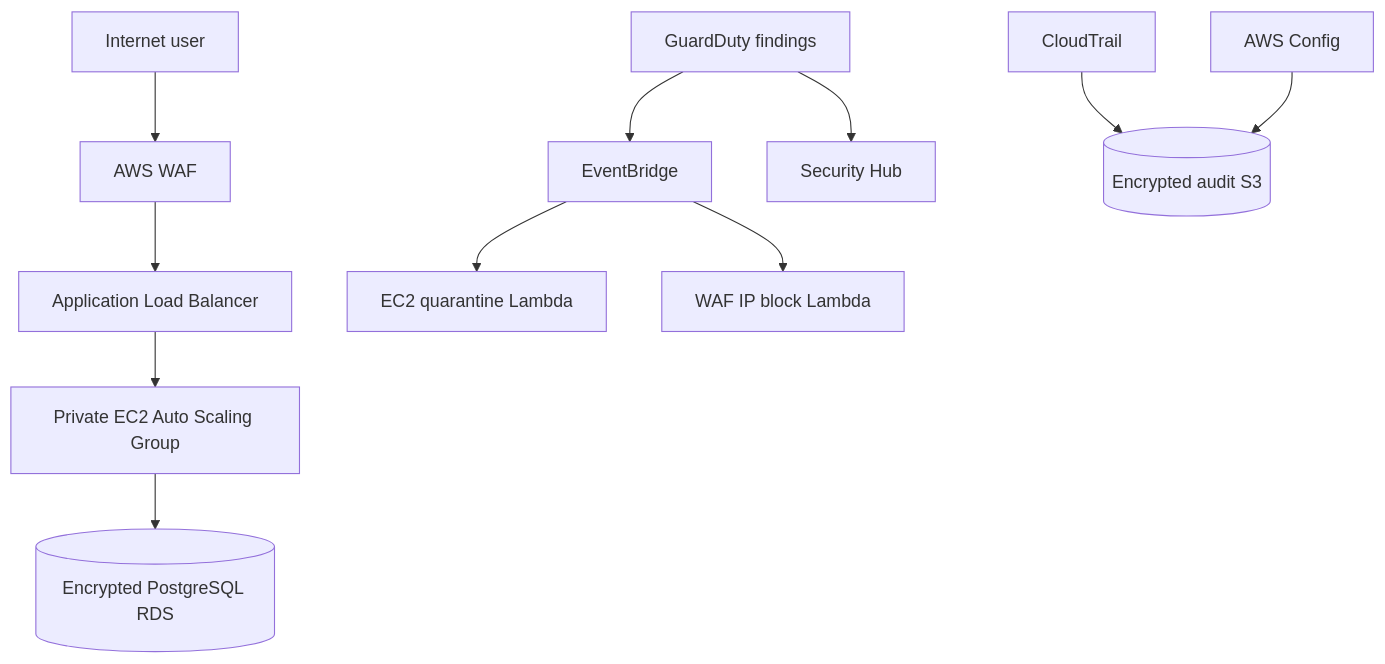
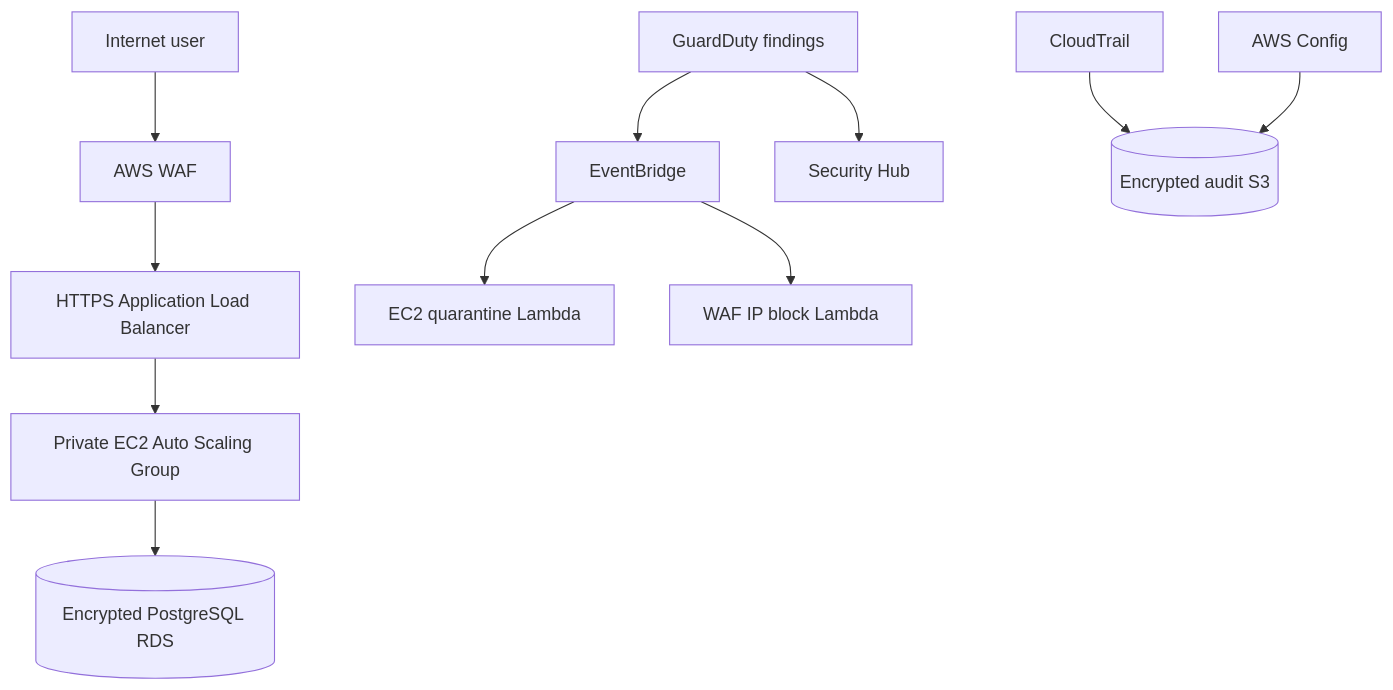
The diagram in README.md (abdelkader-benaissi/sentinelaws), drawn with Mermaid before and after one commit. The commit also changed other lines of this file and 34 other files, not shown here.

````diff
--- a/README.md
+++ b/README.md
@@ -24,15 +27,15 @@
 ```mermaid
 flowchart TB
   User[Internet user] --> WAF[AWS WAF]
-  WAF --> ALB[Application Load Balancer]
+  WAF --> ALB[HTTPS Application Load Balancer]
   ALB --> ASG[Private EC2 Auto Scaling Group]
   ASG --> RDS[(Encrypted PostgreSQL RDS)]
 
   GuardDuty[GuardDuty findings] --> EventBridge[EventBridge]
   GuardDuty --> SecurityHub[Security Hub]
   EventBridge --> Quarantine[EC2 quarantine Lambda]
   EventBridge --> BlockIP[WAF IP block Lambda]
 
   CloudTrail[CloudTrail] --> Logs[(Encrypted audit S3)]
   Config[AWS Config] --> Logs
 ```
````
